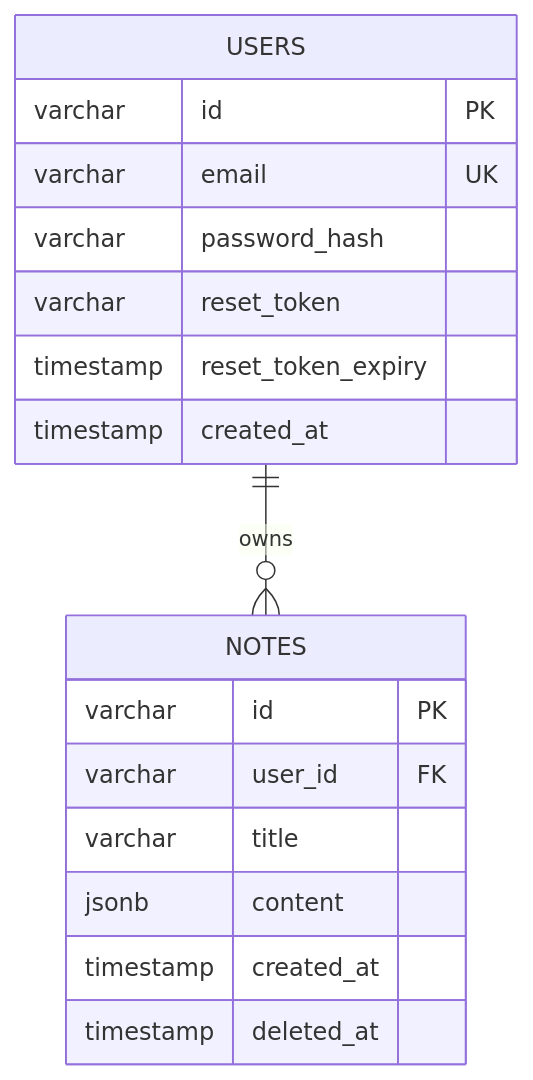
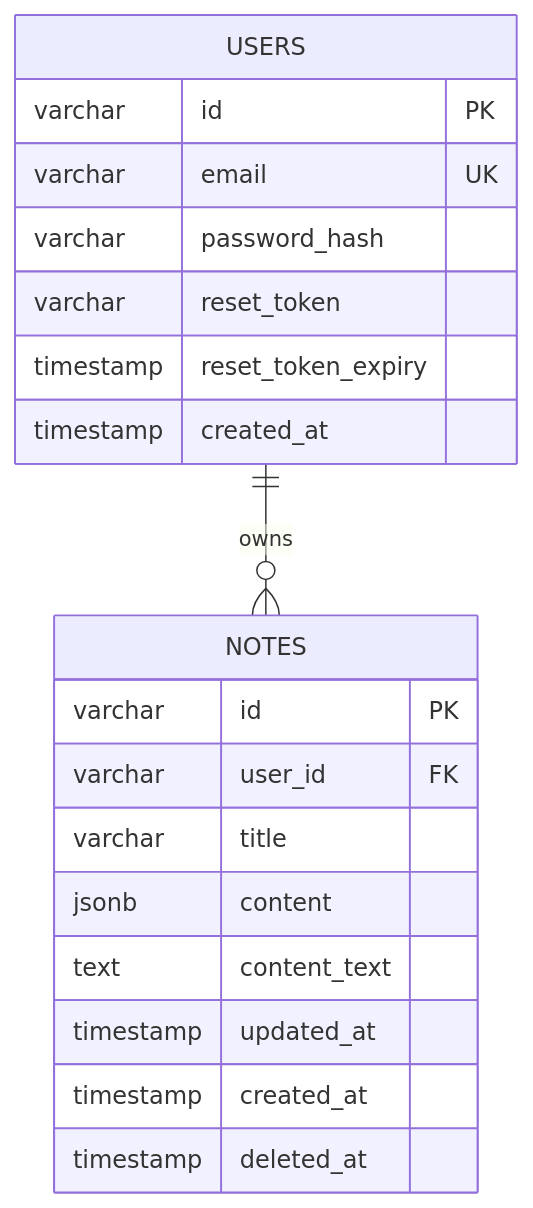
The eighth of 10 diagrams in architecture.md (duongdk099/cluster-offline), drawn with Mermaid before and after one commit. The commit also changed other lines of this file and 22 other files, not shown here.

````diff
--- a/architecture.md
+++ b/architecture.md
@@ -150,22 +167,24 @@
 ```mermaid
 erDiagram
     USERS ||--o{ NOTES : owns
 
     USERS {
         varchar id PK
         varchar email UK
         varchar password_hash
         varchar reset_token
         timestamp reset_token_expiry
         timestamp created_at
     }
 
     NOTES {
         varchar id PK
         varchar user_id FK
         varchar title
         jsonb content
+        text content_text
+        timestamp updated_at
         timestamp created_at
         timestamp deleted_at
     }
 ```
````
